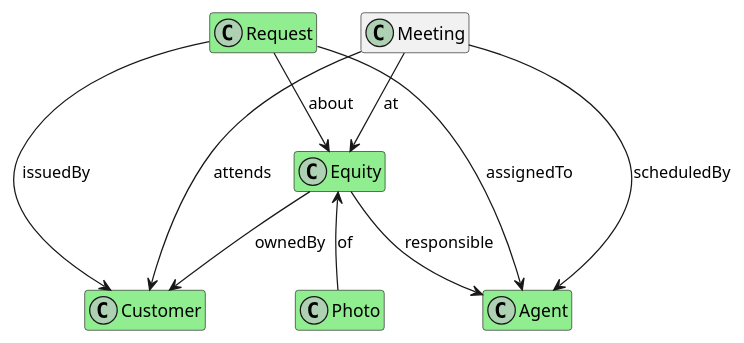
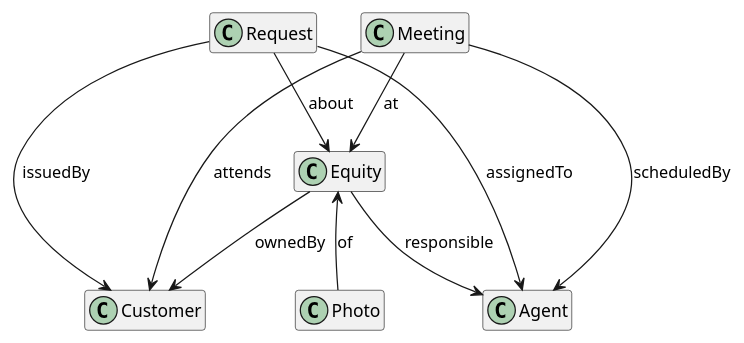
Before and after one commit to vantonov1/meet: the diagram in meet.puml, drawn with PlantUML. The commit also changed 2 other files, not shown here.

```diff
--- a/meet.puml
+++ b/meet.puml
@@ -1,22 +1,22 @@
 @startuml
 
 hide members
-class Equity #lightgreen
-class Photo #lightgreen
-class Agent #lightgreen
-class Customer #lightgreen
-class Request #lightgreen
+class Equity 
+class Photo 
+class Agent 
+class Customer 
+class Request 
 
 Equity <-- Photo: of
 Equity --> Customer : ownedBy
 Equity --> Agent : responsible
 
 Meeting --> Agent : scheduledBy
 Meeting --> Customer : attends
 Meeting --> Equity : at
 
 Request --> Equity : about
 Request --> Customer : issuedBy
 Request --> Agent : assignedTo
 
 @enduml
```
